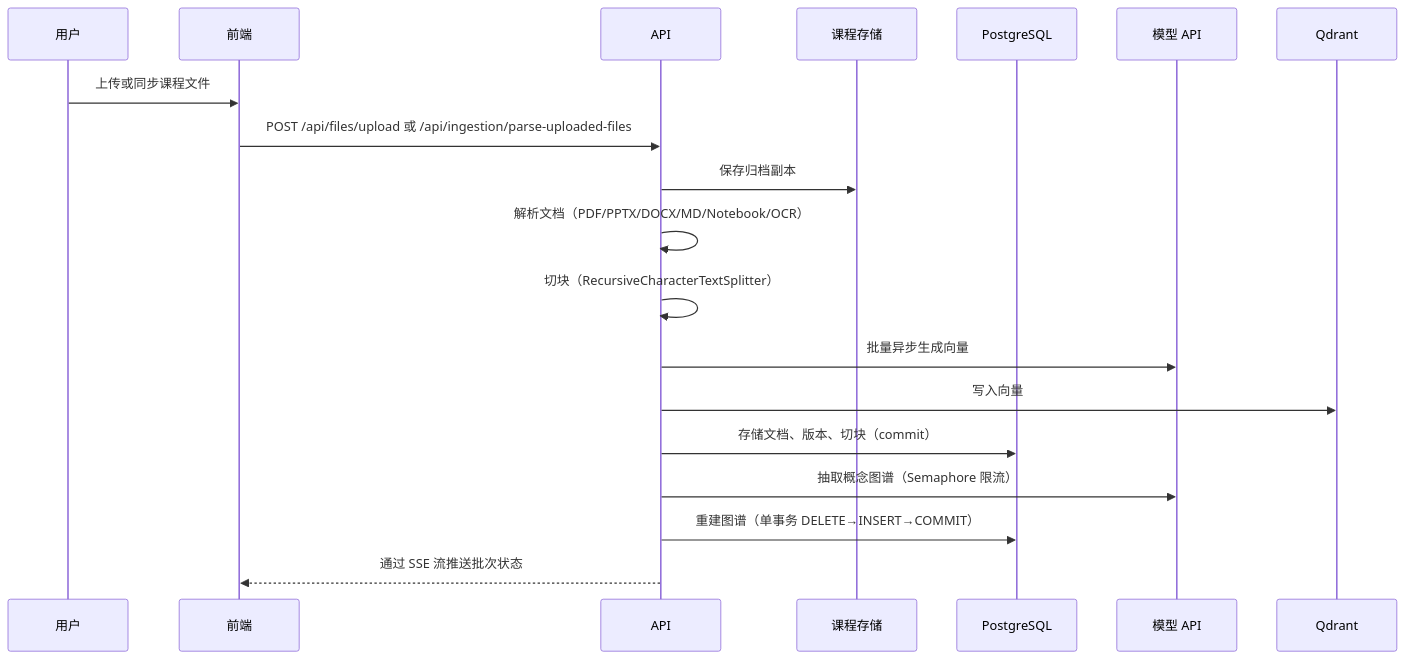
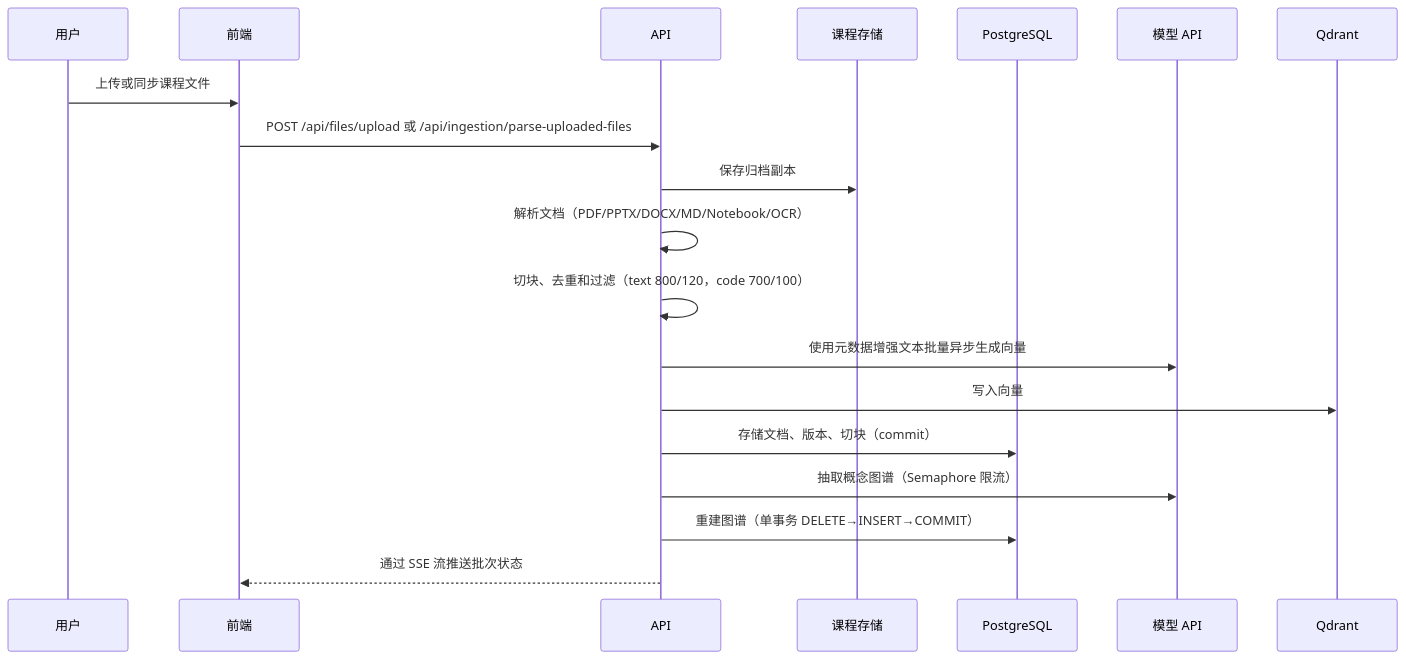
Before and after one commit to Sggggt/DialoGraph: the third of 6 diagrams in README.md, drawn with Mermaid. The commit also changed other lines of this file and 1 other file, not shown here.

````diff
--- a/README.md
+++ b/README.md
@@ -356,22 +356,22 @@
 ```mermaid
 sequenceDiagram
     participant 用户
     participant 前端
     participant API
     participant 文件存储 as 课程存储
     participant 数据库 as PostgreSQL
     participant 模型 as 模型 API
     participant Qdrant
 
     用户->>前端: 上传或同步课程文件
     前端->>API: POST /api/files/upload 或 /api/ingestion/parse-uploaded-files
     API->>文件存储: 保存归档副本
     API->>API: 解析文档（PDF/PPTX/DOCX/MD/Notebook/OCR）
-    API->>API: 切块（RecursiveCharacterTextSplitter）
-    API->>模型: 批量异步生成向量
+    API->>API: 切块、去重和过滤（text 800/120，code 700/100）
+    API->>模型: 使用元数据增强文本批量异步生成向量
     API->>Qdrant: 写入向量
     API->>数据库: 存储文档、版本、切块（commit）
     API->>模型: 抽取概念图谱（Semaphore 限流）
     API->>数据库: 重建图谱（单事务 DELETE→INSERT→COMMIT）
     API-->>前端: 通过 SSE 流推送批次状态
 ```
````
